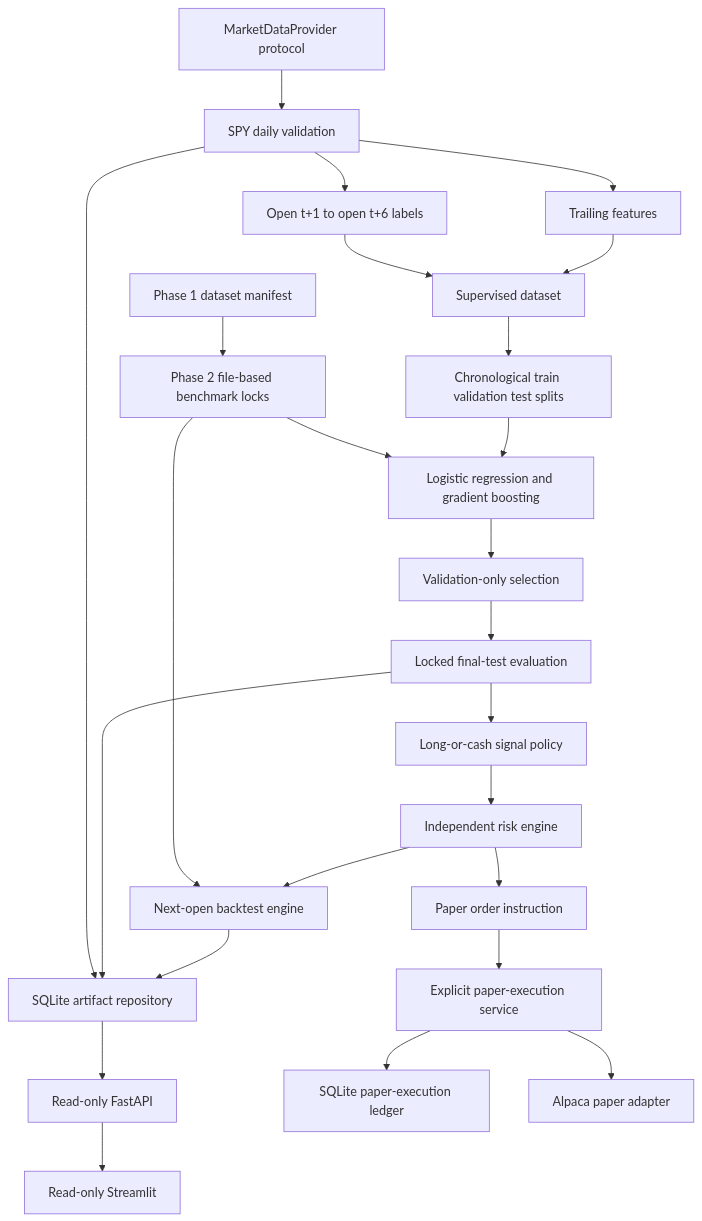
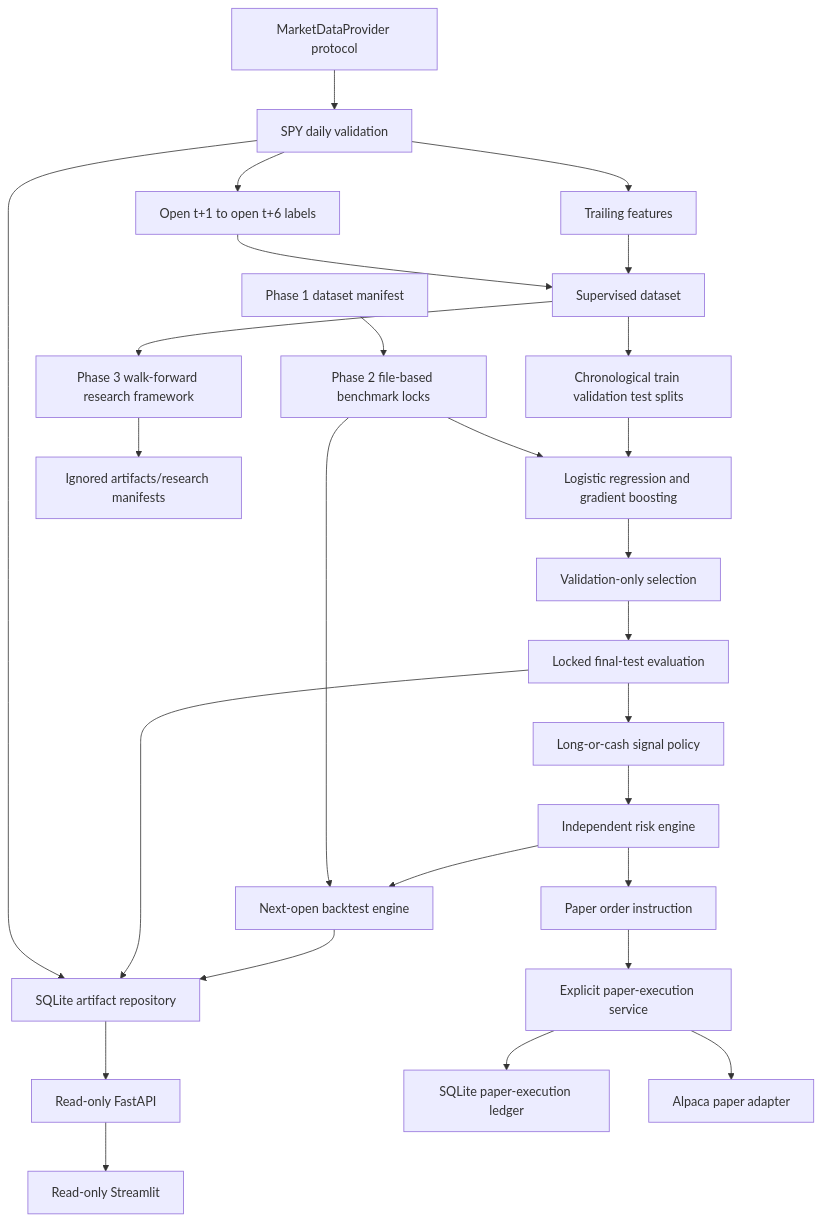
One commit to Linardi1328/spy-market-agent changed the first of 3 diagrams in docs/ARCHITECTURE.md. Above: the diagram before and after it, drawn with Mermaid. The commit also changed other lines of this file and 27 other files, not shown here.

````diff
--- a/docs/ARCHITECTURE.md
+++ b/docs/ARCHITECTURE.md
@@ -46,27 +50,29 @@
 ```mermaid
 flowchart TD
     Provider[MarketDataProvider protocol] --> Validation[SPY daily validation]
     Validation --> Features[Trailing features]
     Validation --> Labels[Open t+1 to open t+6 labels]
     Features --> Dataset[Supervised dataset]
     Labels --> Dataset
     Dataset --> Splits[Chronological train validation test splits]
+    Dataset --> Research[Phase 3 walk-forward research framework]
     Splits --> Modeling[Logistic regression and gradient boosting]
     Modeling --> Selection[Validation-only selection]
     Selection --> FinalTest[Locked final-test evaluation]
     FinalTest --> Strategy[Long-or-cash signal policy]
     Strategy --> Risk[Independent risk engine]
     Risk --> Backtest[Next-open backtest engine]
     Manifest[Phase 1 dataset manifest] --> Benchmark[Phase 2 file-based benchmark locks]
     Benchmark --> Modeling
     Benchmark --> Backtest
+    Research --> ResearchArtifacts[Ignored artifacts/research manifests]
     Backtest --> Persistence[SQLite artifact repository]
     FinalTest --> Persistence
     Validation --> Persistence
     Persistence --> API[Read-only FastAPI]
     API --> Dashboard[Read-only Streamlit]
     Risk --> PaperInstruction[Paper order instruction]
     PaperInstruction --> PaperService[Explicit paper-execution service]
     PaperService --> Ledger[SQLite paper-execution ledger]
     PaperService --> Alpaca[Alpaca paper adapter]
 ```
````
